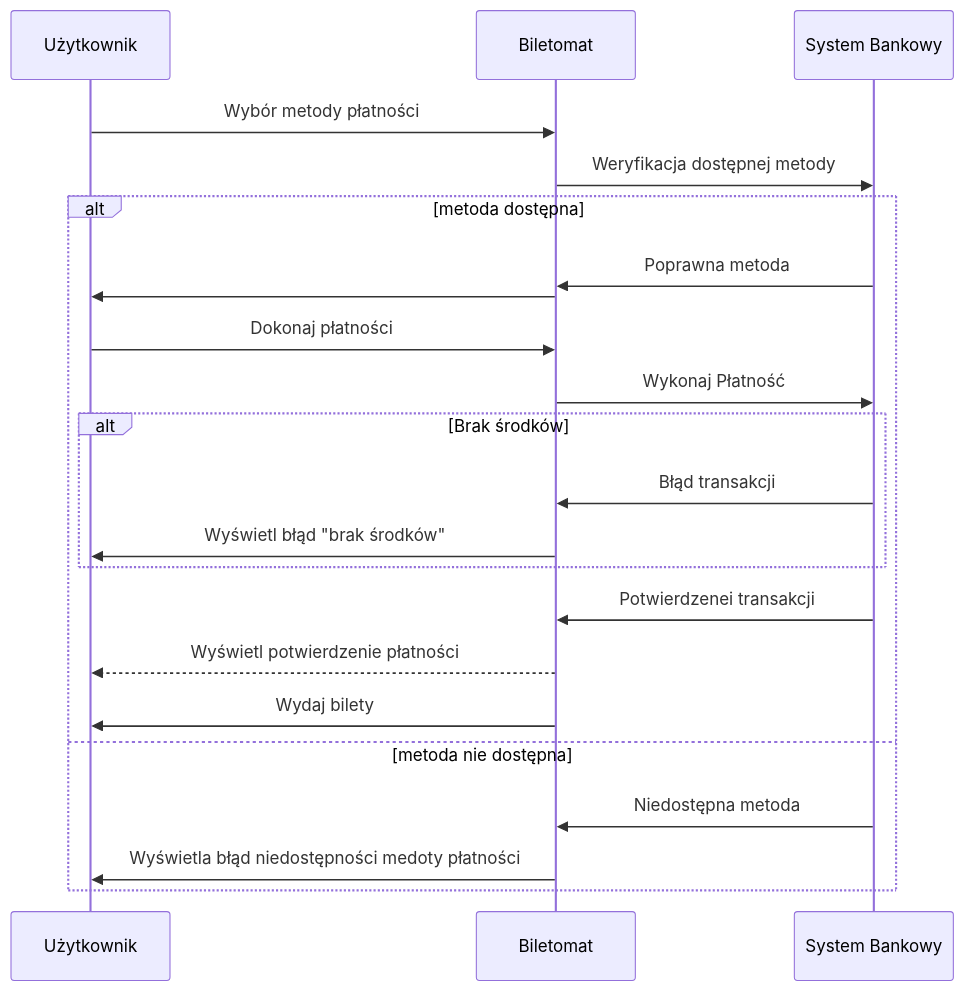
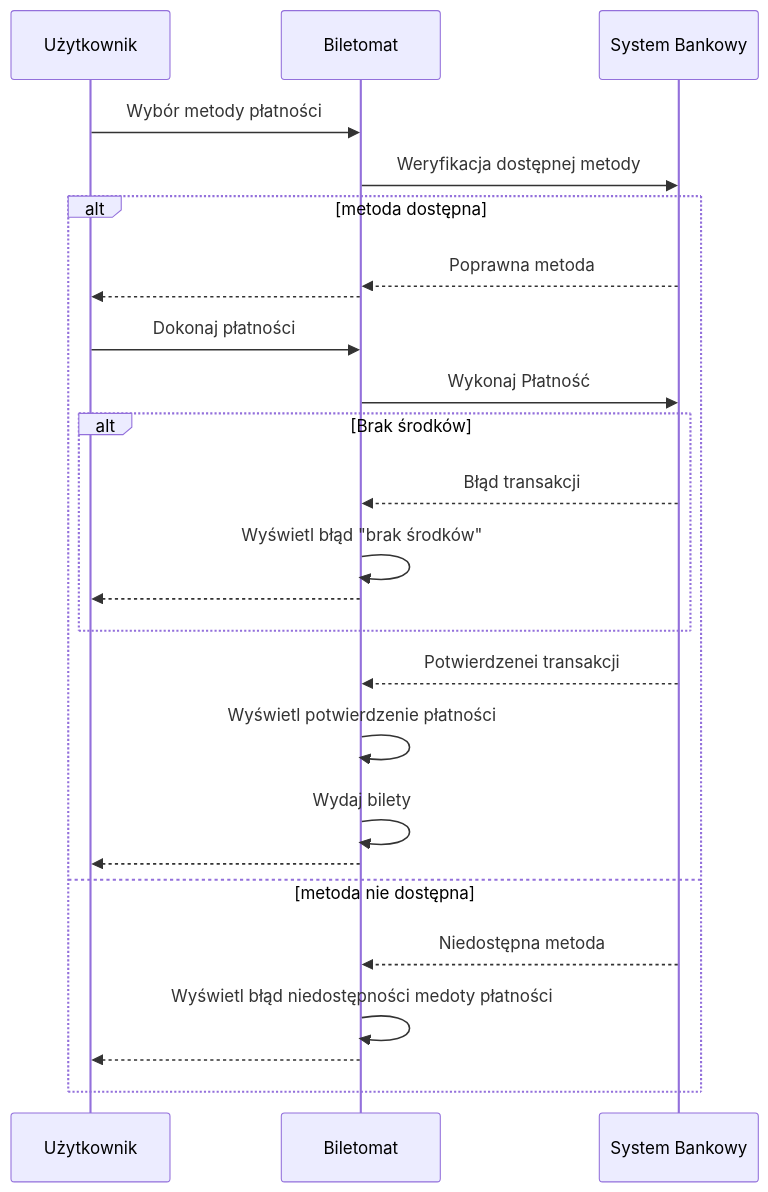
One commit to WGrot/MWO_LAB changed the fifth of 7 diagrams in userStory.md. Above: the diagram before and after it, drawn with Mermaid.

Commit message:
Update userStory.md
Poprawa diagramu sekwencji Płatność za bilet

````diff
--- a/userStory.md
+++ b/userStory.md
@@ -199,21 +199,24 @@
 ```mermaid
 sequenceDiagram
     Użytkownik->>Biletomat: Wybór metody płatności
     Biletomat->>System Bankowy: Weryfikacja dostępnej metody
     alt metoda dostępna
-    System Bankowy->>Biletomat: Poprawna metoda
-    Biletomat->>Użytkownik: 
+    System Bankowy-->>Biletomat: Poprawna metoda
+    Biletomat-->>Użytkownik: 
     Użytkownik->>Biletomat: Dokonaj płatności
     Biletomat->>System Bankowy: Wykonaj Płatność
     alt Brak środków
-    System Bankowy->>Biletomat: Błąd transakcji
-    Biletomat ->> Użytkownik: Wyświetl błąd "brak środków" 
+    System Bankowy-->>Biletomat: Błąd transakcji
+    Biletomat ->> Biletomat: Wyświetl błąd "brak środków" 
+    Biletomat -->> Użytkownik: 
     end
-    System Bankowy->>Biletomat: Potwierdzenei transakcji
-    Biletomat-->>Użytkownik:  Wyświetl potwierdzenie płatności
-    Biletomat->>Użytkownik: Wydaj bilety
+    System Bankowy-->>Biletomat: Potwierdzenei transakcji
+    Biletomat->>Biletomat:  Wyświetl potwierdzenie płatności
+    Biletomat->>Biletomat: Wydaj bilety
+    Biletomat-->>Użytkownik: 
     else metoda nie dostępna
-    System Bankowy->>Biletomat: Niedostępna metoda
-    Biletomat ->> Użytkownik: Wyświetla błąd niedostępności medoty płatności
+    System Bankowy-->>Biletomat: Niedostępna metoda
+    Biletomat ->> Biletomat: Wyświetl błąd niedostępności medoty płatności
+    Biletomat -->> Użytkownik: 
     end
 ```
````
